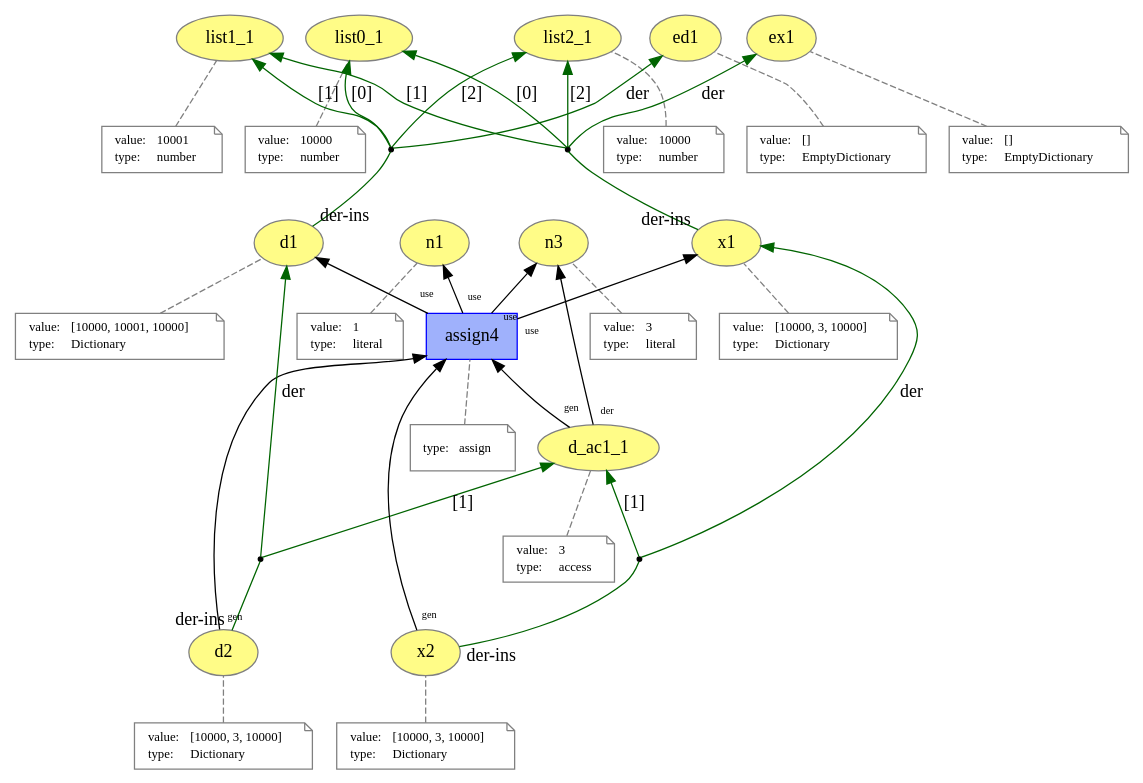
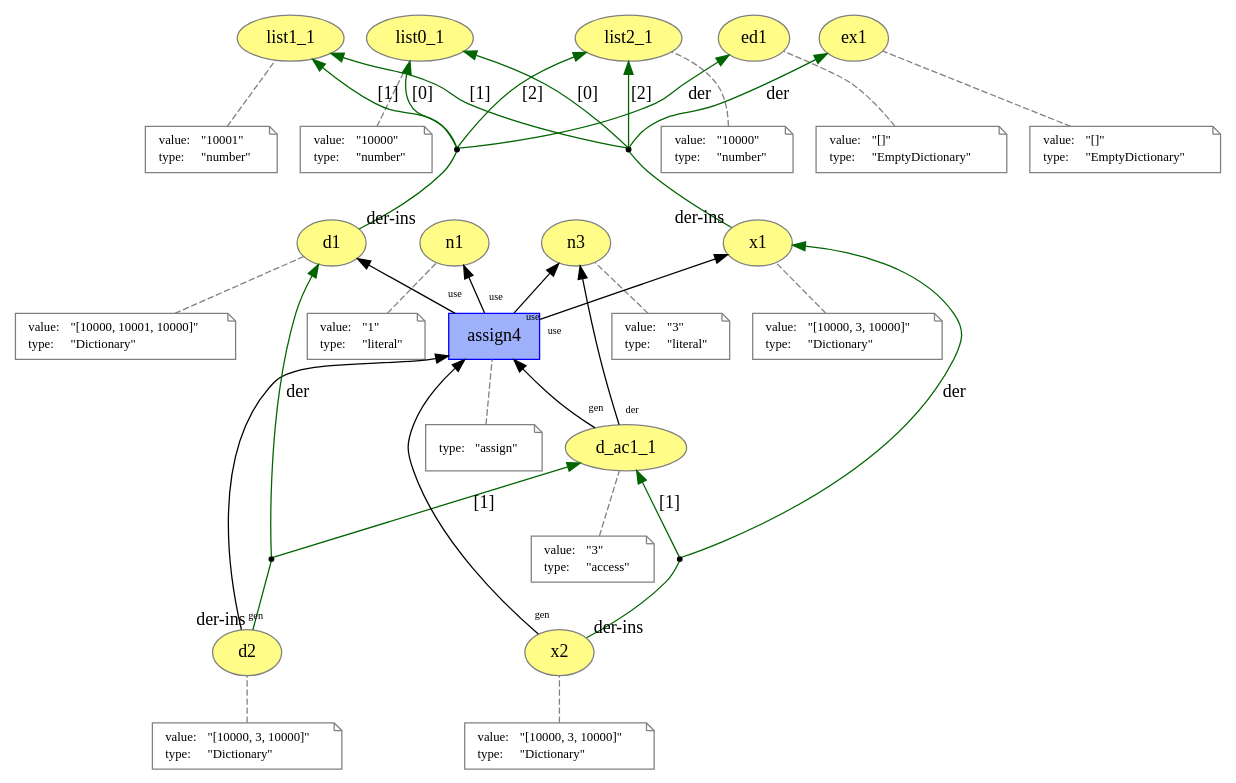
One commit to dew-uff/versioned-prov changed the diagram in prov_dictionary/part_assign.dot. Above: the diagram before and after it, drawn with Graphviz. The commit also changed 93 other files, not shown here.

```diff
--- a/prov_dictionary/part_assign.dot
+++ b/prov_dictionary/part_assign.dot
@@ -1,182 +1,182 @@
 digraph "PROV" { size="16,12"; rankdir="BT";
 "http://example.org/list0_1" [fillcolor="#FFFC87",color="#808080",style="filled",label="list0_1",URL="http://example.org/list0_1"]
 "-attrs0" [color="gray",shape="note",fontsize="10",fontcolor="black",label=<<TABLE cellpadding="0" border="0">
 	<TR>
 	    <TD align="left">value:</TD>
-	    <TD align="left">10000</TD>
+	    <TD align="left">&quot;10000&quot;</TD>
 	</TR>
 	<TR>
 	    <TD align="left">type:</TD>
-	    <TD align="left">number</TD>
+	    <TD align="left">&quot;number&quot;</TD>
 	</TR>
 </TABLE>>]
 "-attrs0" -> "http://example.org/list0_1" [color="gray",style="dashed",arrowhead="none"]
 "http://example.org/list1_1" [fillcolor="#FFFC87",color="#808080",style="filled",label="list1_1",URL="http://example.org/list1_1"]
 "-attrs1" [color="gray",shape="note",fontsize="10",fontcolor="black",label=<<TABLE cellpadding="0" border="0">
 	<TR>
 	    <TD align="left">value:</TD>
-	    <TD align="left">10001</TD>
+	    <TD align="left">&quot;10001&quot;</TD>
 	</TR>
 	<TR>
 	    <TD align="left">type:</TD>
-	    <TD align="left">number</TD>
+	    <TD align="left">&quot;number&quot;</TD>
 	</TR>
 </TABLE>>]
 "-attrs1" -> "http://example.org/list1_1" [color="gray",style="dashed",arrowhead="none"]
 "http://example.org/list2_1" [fillcolor="#FFFC87",color="#808080",style="filled",label="list2_1",URL="http://example.org/list2_1"]
 "-attrs2" [color="gray",shape="note",fontsize="10",fontcolor="black",label=<<TABLE cellpadding="0" border="0">
 	<TR>
 	    <TD align="left">value:</TD>
-	    <TD align="left">10000</TD>
+	    <TD align="left">&quot;10000&quot;</TD>
 	</TR>
 	<TR>
 	    <TD align="left">type:</TD>
-	    <TD align="left">number</TD>
+	    <TD align="left">&quot;number&quot;</TD>
 	</TR>
 </TABLE>>]
 "-attrs2" -> "http://example.org/list2_1" [color="gray",style="dashed",arrowhead="none"]
 "http://example.org/ed1" [fillcolor="#FFFC87",color="#808080",style="filled",label="ed1",URL="http://example.org/ed1"]
 "-attrs3" [color="gray",shape="note",fontsize="10",fontcolor="black",label=<<TABLE cellpadding="0" border="0">
 	<TR>
 	    <TD align="left">value:</TD>
-	    <TD align="left">[]</TD>
+	    <TD align="left">&quot;[]&quot;</TD>
 	</TR>
 	<TR>
 	    <TD align="left">type:</TD>
-	    <TD align="left">EmptyDictionary</TD>
+	    <TD align="left">&quot;EmptyDictionary&quot;</TD>
 	</TR>
 </TABLE>>]
 "-attrs3" -> "http://example.org/ed1" [color="gray",style="dashed",arrowhead="none"]
 "http://example.org/d1" [fillcolor="#FFFC87",color="#808080",style="filled",label="d1",URL="http://example.org/d1"]
 "-attrs4" [color="gray",shape="note",fontsize="10",fontcolor="black",label=<<TABLE cellpadding="0" border="0">
 	<TR>
 	    <TD align="left">value:</TD>
-	    <TD align="left">[10000, 10001, 10000]</TD>
+	    <TD align="left">&quot;[10000, 10001, 10000]&quot;</TD>
 	</TR>
 	<TR>
 	    <TD align="left">type:</TD>
-	    <TD align="left">Dictionary</TD>
+	    <TD align="left">&quot;Dictionary&quot;</TD>
 	</TR>
 </TABLE>>]
 "-attrs4" -> "http://example.org/d1" [color="gray",style="dashed",arrowhead="none"]
 "bn0" [shape="point",label=""]
 "http://example.org/d1" -> "bn0" [arrowhead="none",taillabel="der-ins",color="darkgreen"]
 "bn0" -> "http://example.org/ed1" [labelfontsize="8",labeldistance="1.5",color="darkgreen",labelangle="60.0",rotation="20",label="der"]
 "bn0" -> "http://example.org/list0_1" [labelfontsize="8",labeldistance="1.5",color="darkgreen",labelangle="60.0",rotation="20",label="[0]"]
 "bn0" -> "http://example.org/list1_1" [labelfontsize="8",labeldistance="1.5",color="darkgreen",labelangle="60.0",rotation="20",label="[1]"]
 "bn0" -> "http://example.org/list2_1" [labelfontsize="8",labeldistance="1.5",color="darkgreen",labelangle="60.0",rotation="20",label="[2]"]
 "http://example.org/ex1" [fillcolor="#FFFC87",color="#808080",style="filled",label="ex1",URL="http://example.org/ex1"]
 "-attrs5" [color="gray",shape="note",fontsize="10",fontcolor="black",label=<<TABLE cellpadding="0" border="0">
 	<TR>
 	    <TD align="left">value:</TD>
-	    <TD align="left">[]</TD>
+	    <TD align="left">&quot;[]&quot;</TD>
 	</TR>
 	<TR>
 	    <TD align="left">type:</TD>
-	    <TD align="left">EmptyDictionary</TD>
+	    <TD align="left">&quot;EmptyDictionary&quot;</TD>
 	</TR>
 </TABLE>>]
 "-attrs5" -> "http://example.org/ex1" [color="gray",style="dashed",arrowhead="none"]
 "http://example.org/x1" [fillcolor="#FFFC87",color="#808080",style="filled",label="x1",URL="http://example.org/x1"]
 "-attrs6" [color="gray",shape="note",fontsize="10",fontcolor="black",label=<<TABLE cellpadding="0" border="0">
 	<TR>
 	    <TD align="left">value:</TD>
-	    <TD align="left">[10000, 3, 10000]</TD>
+	    <TD align="left">&quot;[10000, 3, 10000]&quot;</TD>
 	</TR>
 	<TR>
 	    <TD align="left">type:</TD>
-	    <TD align="left">Dictionary</TD>
+	    <TD align="left">&quot;Dictionary&quot;</TD>
 	</TR>
 </TABLE>>]
 "-attrs6" -> "http://example.org/x1" [color="gray",style="dashed",arrowhead="none"]
 "bn1" [shape="point",label=""]
 "http://example.org/x1" -> "bn1" [arrowhead="none",taillabel="der-ins",color="darkgreen"]
 "bn1" -> "http://example.org/ex1" [labelfontsize="8",labeldistance="1.5",color="darkgreen",labelangle="60.0",rotation="20",label="der"]
 "bn1" -> "http://example.org/list0_1" [labelfontsize="8",labeldistance="1.5",color="darkgreen",labelangle="60.0",rotation="20",label="[0]"]
 "bn1" -> "http://example.org/list1_1" [labelfontsize="8",labeldistance="1.5",color="darkgreen",labelangle="60.0",rotation="20",label="[1]"]
 "bn1" -> "http://example.org/list2_1" [labelfontsize="8",labeldistance="1.5",color="darkgreen",labelangle="60.0",rotation="20",label="[2]"]
 "http://example.org/n1" [fillcolor="#FFFC87",color="#808080",style="filled",label="n1",URL="http://example.org/n1"]
 "-attrs7" [color="gray",shape="note",fontsize="10",fontcolor="black",label=<<TABLE cellpadding="0" border="0">
 	<TR>
 	    <TD align="left">value:</TD>
-	    <TD align="left">1</TD>
+	    <TD align="left">&quot;1&quot;</TD>
 	</TR>
 	<TR>
 	    <TD align="left">type:</TD>
-	    <TD align="left">literal</TD>
+	    <TD align="left">&quot;literal&quot;</TD>
 	</TR>
 </TABLE>>]
 "-attrs7" -> "http://example.org/n1" [color="gray",style="dashed",arrowhead="none"]
 "http://example.org/n3" [fillcolor="#FFFC87",color="#808080",style="filled",label="n3",URL="http://example.org/n3"]
 "-attrs8" [color="gray",shape="note",fontsize="10",fontcolor="black",label=<<TABLE cellpadding="0" border="0">
 	<TR>
 	    <TD align="left">value:</TD>
-	    <TD align="left">3</TD>
+	    <TD align="left">&quot;3&quot;</TD>
 	</TR>
 	<TR>
 	    <TD align="left">type:</TD>
-	    <TD align="left">literal</TD>
+	    <TD align="left">&quot;literal&quot;</TD>
 	</TR>
 </TABLE>>]
 "-attrs8" -> "http://example.org/n3" [color="gray",style="dashed",arrowhead="none"]
 "http://example.org/d_ac1_1" [fillcolor="#FFFC87",color="#808080",style="filled",label="d_ac1_1",URL="http://example.org/d_ac1_1"]
 "-attrs9" [color="gray",shape="note",fontsize="10",fontcolor="black",label=<<TABLE cellpadding="0" border="0">
 	<TR>
 	    <TD align="left">value:</TD>
-	    <TD align="left">3</TD>
+	    <TD align="left">&quot;3&quot;</TD>
 	</TR>
 	<TR>
 	    <TD align="left">type:</TD>
-	    <TD align="left">access</TD>
+	    <TD align="left">&quot;access&quot;</TD>
 	</TR>
 </TABLE>>]
 "-attrs9" -> "http://example.org/d_ac1_1" [color="gray",style="dashed",arrowhead="none"]
 "http://example.org/d2" [fillcolor="#FFFC87",color="#808080",style="filled",label="d2",URL="http://example.org/d2"]
 "-attrs10" [color="gray",shape="note",fontsize="10",fontcolor="black",label=<<TABLE cellpadding="0" border="0">
 	<TR>
 	    <TD align="left">value:</TD>
-	    <TD align="left">[10000, 3, 10000]</TD>
+	    <TD align="left">&quot;[10000, 3, 10000]&quot;</TD>
 	</TR>
 	<TR>
 	    <TD align="left">type:</TD>
-	    <TD align="left">Dictionary</TD>
+	    <TD align="left">&quot;Dictionary&quot;</TD>
 	</TR>
 </TABLE>>]
 "-attrs10" -> "http://example.org/d2" [color="gray",style="dashed",arrowhead="none"]
 "bn2" [shape="point",label=""]
 "http://example.org/d2" -> "bn2" [arrowhead="none",taillabel="der-ins",color="darkgreen"]
 "bn2" -> "http://example.org/d1" [labelfontsize="8",labeldistance="1.5",color="darkgreen",labelangle="60.0",rotation="20",label="der"]
 "bn2" -> "http://example.org/d_ac1_1" [labelfontsize="8",labeldistance="1.5",color="darkgreen",labelangle="60.0",rotation="20",label="[1]"]
 "http://example.org/x2" [fillcolor="#FFFC87",color="#808080",style="filled",label="x2",URL="http://example.org/x2"]
 "-attrs11" [color="gray",shape="note",fontsize="10",fontcolor="black",label=<<TABLE cellpadding="0" border="0">
 	<TR>
 	    <TD align="left">value:</TD>
-	    <TD align="left">[10000, 3, 10000]</TD>
+	    <TD align="left">&quot;[10000, 3, 10000]&quot;</TD>
 	</TR>
 	<TR>
 	    <TD align="left">type:</TD>
-	    <TD align="left">Dictionary</TD>
+	    <TD align="left">&quot;Dictionary&quot;</TD>
 	</TR>
 </TABLE>>]
 "-attrs11" -> "http://example.org/x2" [color="gray",style="dashed",arrowhead="none"]
 "bn3" [shape="point",label=""]
 "http://example.org/x2" -> "bn3" [arrowhead="none",taillabel="der-ins",color="darkgreen"]
 "bn3" -> "http://example.org/x1" [labelfontsize="8",labeldistance="1.5",color="darkgreen",labelangle="60.0",rotation="20",label="der"]
 "bn3" -> "http://example.org/d_ac1_1" [labelfontsize="8",labeldistance="1.5",color="darkgreen",labelangle="60.0",rotation="20",label="[1]"]
 "http://example.org/assign4" [fillcolor="#9FB1FC",color="#0000FF",shape="polygon",sides="4",style="filled",label="assign4",URL="http://example.org/assign4"]
 "-attrs12" [color="gray",shape="note",fontsize="10",fontcolor="black",label=<<TABLE cellpadding="0" border="0">
 	<TR>
 	    <TD align="left">type:</TD>
-	    <TD align="left">assign</TD>
+	    <TD align="left">&quot;assign&quot;</TD>
 	</TR>
 </TABLE>>]
 "-attrs12" -> "http://example.org/assign4" [color="gray",style="dashed",arrowhead="none"]
 "http://example.org/assign4" -> "http://example.org/d1" [labelfontsize="8",labeldistance="1.5",labelangle="60.0",rotation="20",taillabel="use"]
 "http://example.org/assign4" -> "http://example.org/x1" [labelfontsize="8",labeldistance="1.5",labelangle="60.0",rotation="20",taillabel="use"]
 "http://example.org/assign4" -> "http://example.org/n1" [labelfontsize="8",labeldistance="1.5",labelangle="60.0",rotation="20",taillabel="use"]
 "http://example.org/assign4" -> "http://example.org/n3" [labelfontsize="8",labeldistance="1.5",labelangle="60.0",rotation="20",taillabel="use"]
 "http://example.org/d_ac1_1" -> "http://example.org/assign4" [labelfontsize="8",labeldistance="1.5",labelangle="60.0",rotation="20",taillabel="gen"]
 "http://example.org/d2" -> "http://example.org/assign4" [labelfontsize="8",labeldistance="1.5",labelangle="60.0",rotation="20",taillabel="gen"]
 "http://example.org/x2" -> "http://example.org/assign4" [labelfontsize="8",labeldistance="1.5",labelangle="60.0",rotation="20",taillabel="gen"]
 "http://example.org/d_ac1_1" -> "http://example.org/n3" [labelfontsize="8",labeldistance="1.5",labelangle="60.0",rotation="20",taillabel="der"]
 }
```
